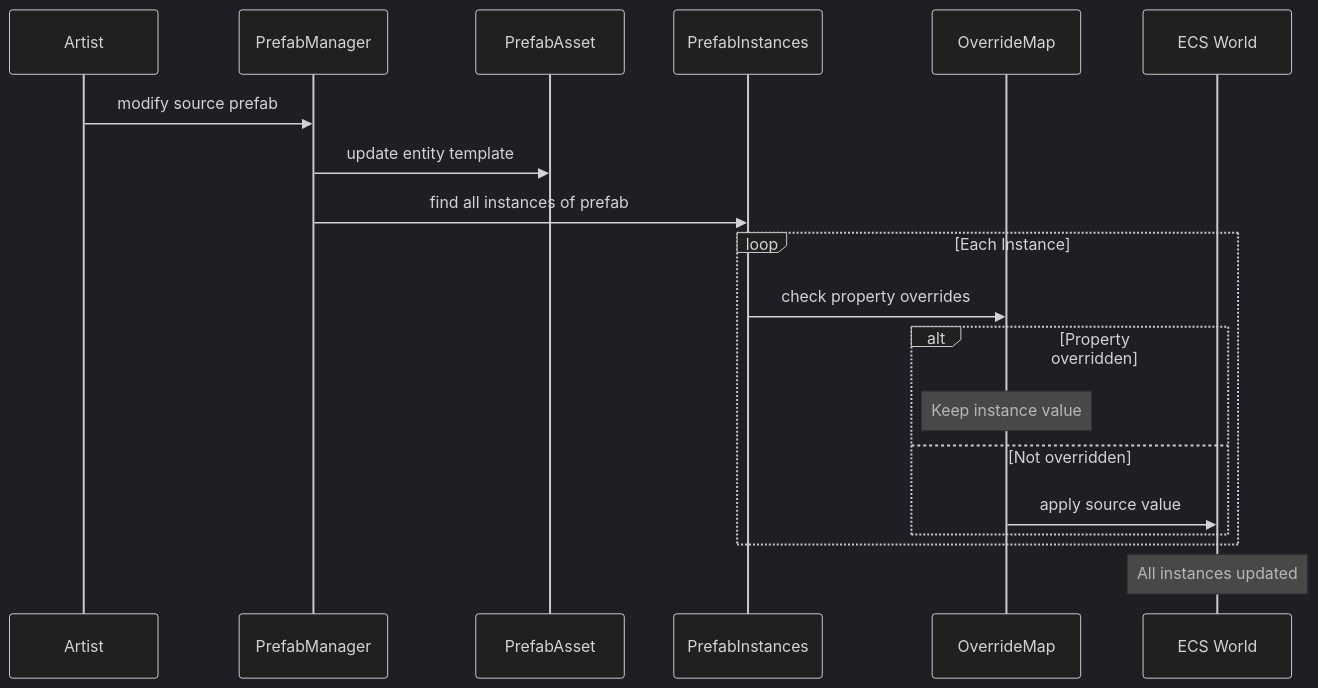
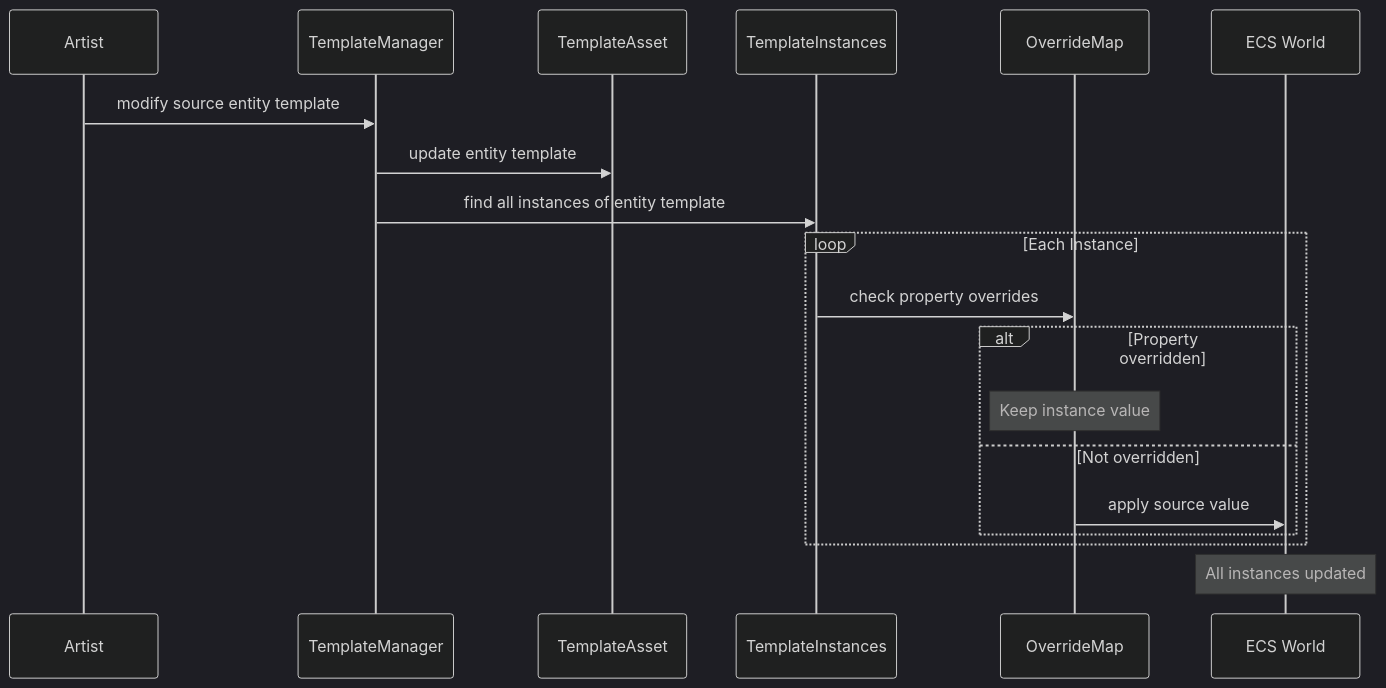
The third of 6 diagrams in docs/design/tools/level-world.md (harmonius-dev/harmonius), drawn with Mermaid (dark theme) before and after one commit. The commit also changed other lines of this file and 582 other files, not shown here.

````diff
--- a/docs/design/tools/level-world.md
+++ b/docs/design/tools/level-world.md
@@ -209,22 +208,22 @@
 ```mermaid
 sequenceDiagram
     participant A as Artist
-    participant PM as PrefabManager
-    participant PA as PrefabAsset
-    participant PI as PrefabInstances
+    participant PM as TemplateManager
+    participant PA as TemplateAsset
+    participant PI as TemplateInstances
     participant OV as OverrideMap
     participant ECS as ECS World
 
-    A->>PM: modify source prefab
+    A->>PM: modify source entity template
     PM->>PA: update entity template
-    PM->>PI: find all instances of prefab
+    PM->>PI: find all instances of entity template
     loop Each Instance
         PI->>OV: check property overrides
         alt Property overridden
             Note over OV: Keep instance value
         else Not overridden
             OV->>ECS: apply source value
         end
     end
     Note over ECS: All instances updated
 ```
````
